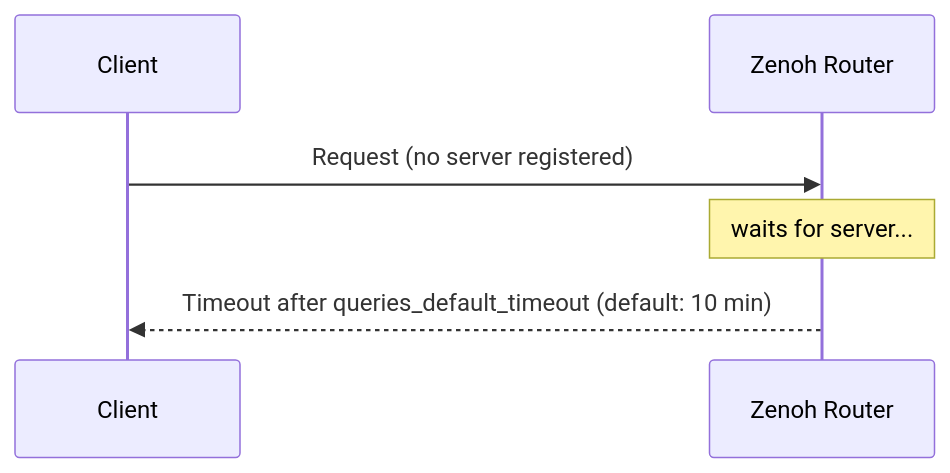
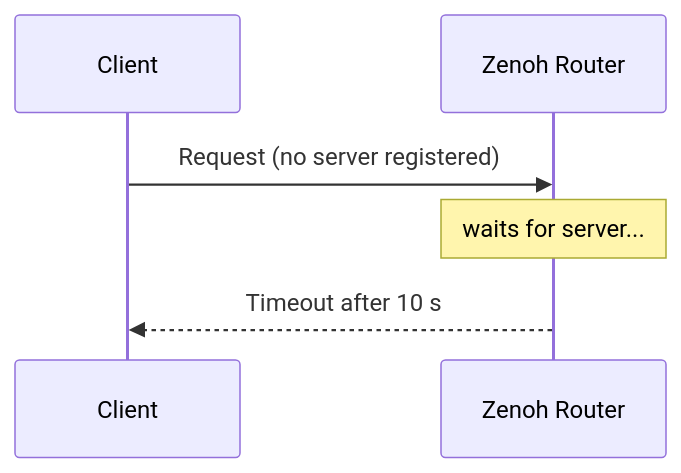
Before and after one commit to ZettaScaleLabs/hiroz: the third of 4 diagrams in docs/core-concepts/services.md, drawn with Mermaid. The commit also changed other lines of this file and 1 other file, not shown here.

First line of the commit message:
docs(services): a service call times out after 10s, not 10 minutes

````diff
--- a/docs/core-concepts/services.md
+++ b/docs/core-concepts/services.md
@@ -74,11 +74,11 @@
 ```mermaid
 sequenceDiagram
 accTitle: Service call timeout when no server is registered
-accDescr: The client sends a request to the Zenoh router, which waits indefinitely for a server and eventually times out after the configured queries_default_timeout.
+accDescr: The client sends a request to the Zenoh router, which waits for a server and returns a timeout to the client after ten seconds.
     participant C as Client
     participant Z as Zenoh Router
 
     C->>Z: Request (no server registered)
     Note over Z: waits for server...
-    Z-->>C: Timeout after queries_default_timeout (default: 10 min)
+    Z-->>C: Timeout after 10 s
 ```
````
